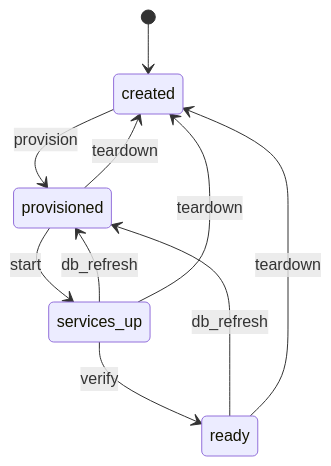
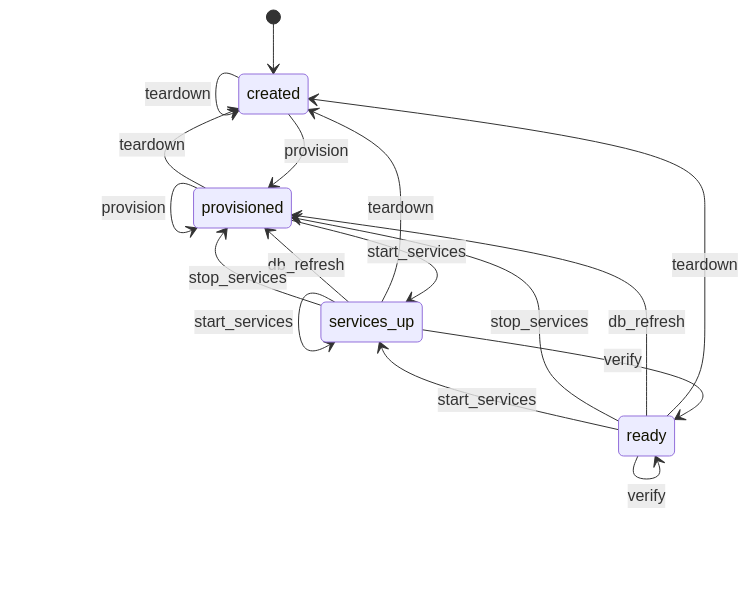
Before and after one commit to souliane/teatree: the second of 5 diagrams in README.md, drawn with Mermaid. The commit also changed other lines of this file and 11 other files, not shown here.

First line of the commit message:
feat(docs): generate the worktree-lifecycle FSM diagram from the model (issue #12)

````diff
--- a/README.md
+++ b/README.md
@@ -186,12 +189,20 @@
 ```mermaid
 stateDiagram-v2
-  [*] --> created
-  created --> provisioned: provision
-  provisioned --> services_up: start
-  services_up --> ready: verify
-  ready --> provisioned: db_refresh
-  services_up --> provisioned: db_refresh
-  ready --> created: teardown
-  services_up --> created: teardown
-  provisioned --> created: teardown
+    [*] --> created
+    created --> created : teardown
+    created --> provisioned : provision
+    provisioned --> created : teardown
+    provisioned --> provisioned : db_refresh
+    provisioned --> provisioned : provision
+    provisioned --> services_up : start_services
+    services_up --> created : teardown
+    services_up --> provisioned : db_refresh
+    services_up --> provisioned : stop_services
+    services_up --> services_up : start_services
+    services_up --> ready : verify
+    ready --> created : teardown
+    ready --> provisioned : db_refresh
+    ready --> provisioned : stop_services
+    ready --> services_up : start_services
+    ready --> ready : verify
 ```
````
